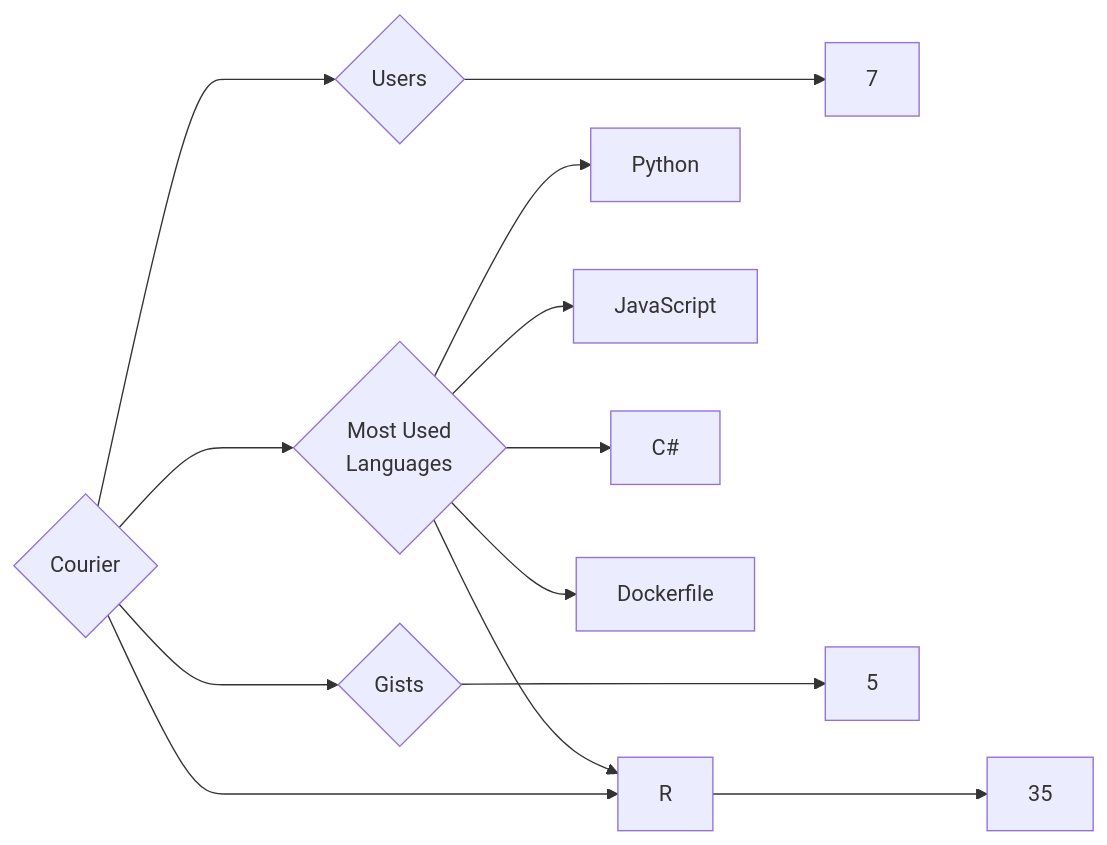
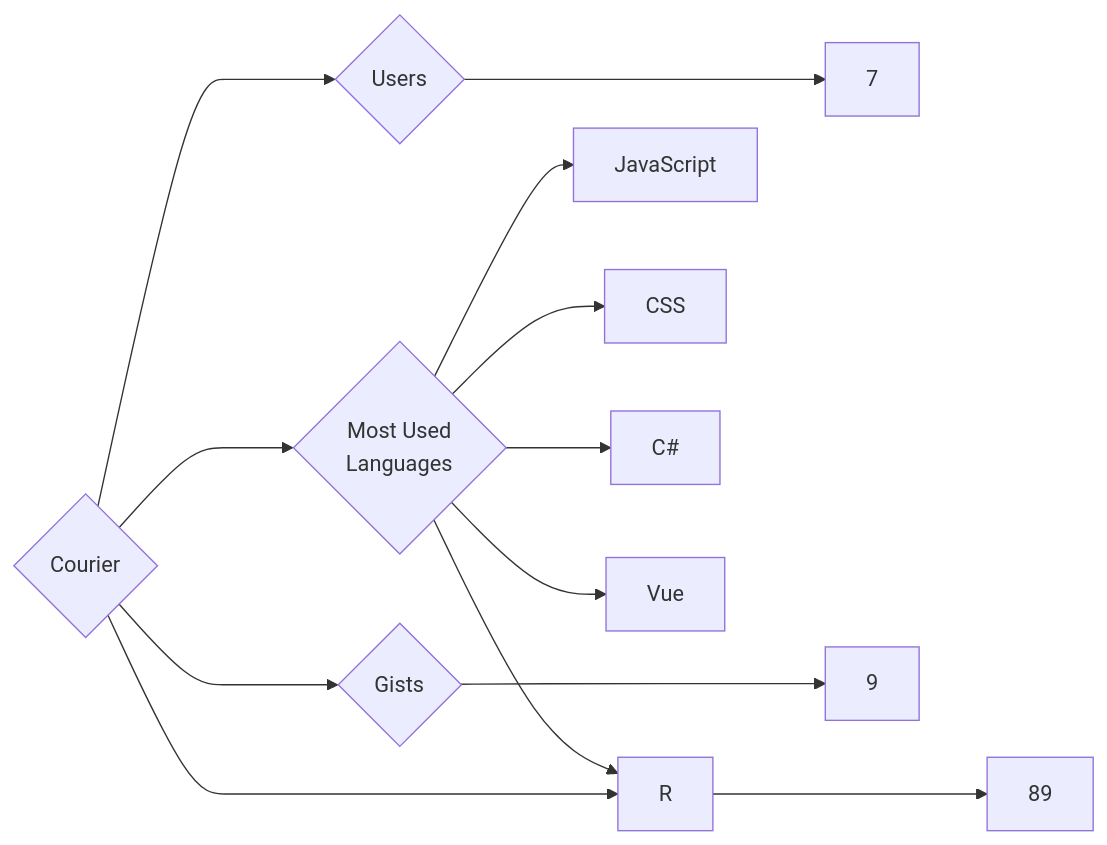
Before and after one commit to trickest/insiders: the diagram in targets/Courier/README.md, drawn with Mermaid. The commit also changed 993 other files, not shown here.

````diff
--- a/targets/Courier/README.md
+++ b/targets/Courier/README.md
@@ -3,13 +3,13 @@
 ```mermaid
 graph LR
 COMPANY_NAME{Courier}
 COMPANY_NAME ---> U{Users} ---> UN[7]
-COMPANY_NAME ---> R{Repositories} ---> RN[35]
-COMPANY_NAME ---> G{Gists} ---> GN[5]
+COMPANY_NAME ---> R{Repositories} ---> RN[89]
+COMPANY_NAME ---> G{Gists} ---> GN[9]
 COMPANY_NAME ---> ML{Most Used<br>Languages}
-ML --> Python[Python]
+ML --> JavaScript[JavaScript]
+ML --> CSS[CSS]
 ML --> R[R]
-ML --> JavaScript[JavaScript]
 ML --> C#[C#]
-ML --> Dockerfile[Dockerfile]
+ML --> Vue[Vue]
 ```
````
